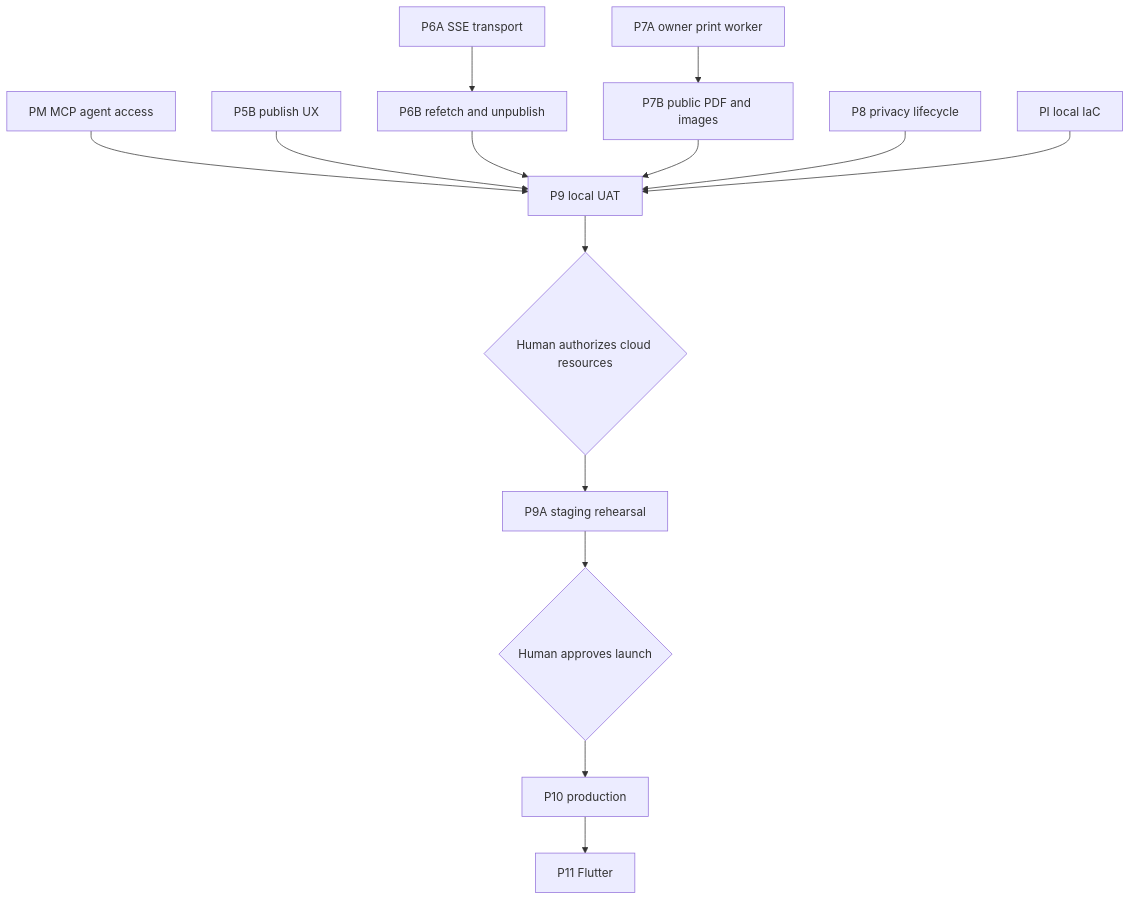
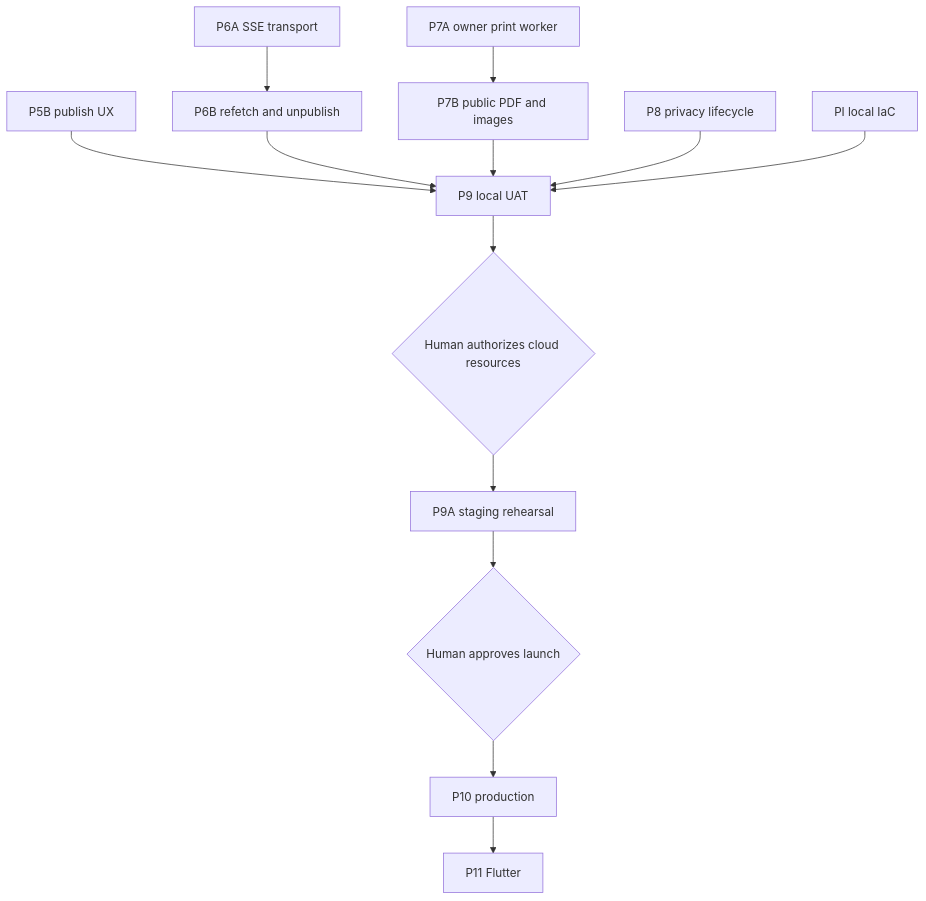
The diagram in docs/plans/implementation-plan.md (dannyota/aboutme), drawn with Mermaid before and after one commit. The commit also changed other lines of this file and 23 other files, not shown here.

````diff
--- a/docs/plans/implementation-plan.md
+++ b/docs/plans/implementation-plan.md
@@ -76,16 +73,15 @@
 ```mermaid
 graph TD
-    PM[PM MCP agent access] --> P9[P9 local UAT]
-    P5B[P5B publish UX] --> P9
+    P5B[P5B publish UX] --> P9[P9 local UAT]
     P6A[P6A SSE transport] --> P6B[P6B refetch and unpublish]
     P6B --> P9
     P7A[P7A owner print worker] --> P7B[P7B public PDF and images]
     P7B --> P9
     P8[P8 privacy lifecycle] --> P9
     PI[PI local IaC] --> P9
     P9 --> AUTH{Human authorizes cloud resources}
     AUTH --> P9A[P9A staging rehearsal]
     P9A --> LAUNCH{Human approves launch}
     LAUNCH --> P10[P10 production]
     P10 --> P11[P11 Flutter]
 ```
````
